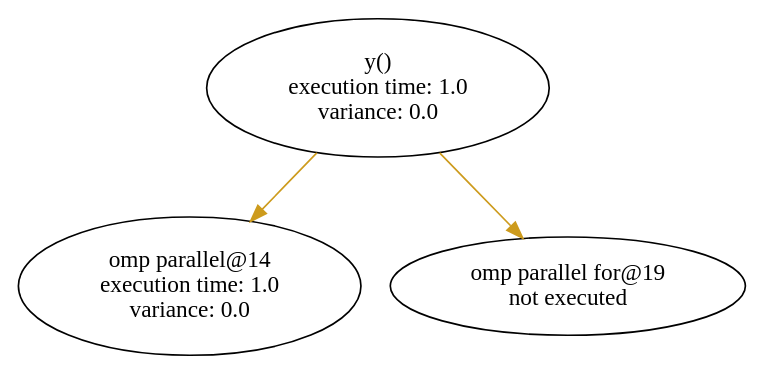
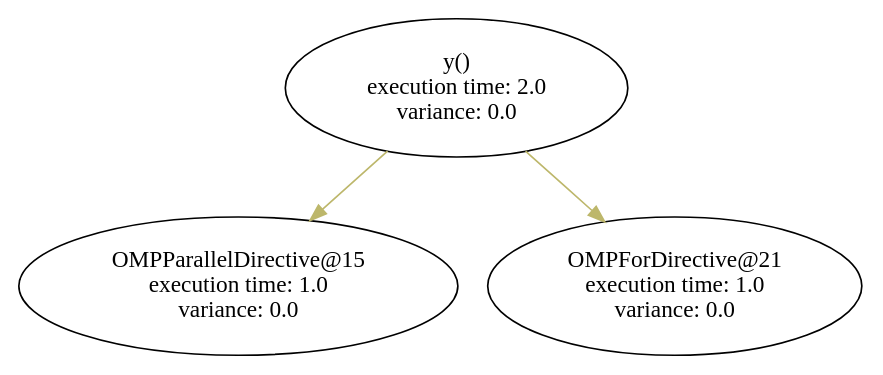
One commit to filippobrizzi/soma changed the diagram in graph_sched/graphs/y_code.dot. Above: the diagram before and after it, drawn with Graphviz. The commit also changed 21 other files, not shown here.

Commit message:
added type in parameter and started building flows

```diff
--- a/graph_sched/graphs/y_code.dot
+++ b/graph_sched/graphs/y_code.dot
@@ -1,20 +1,20 @@
 digraph G {
-	graph [bb="0,0,385,204"];
+	graph [bb="0,0,459,204"];
 	node [label="\N"];
-	"omp parallel@14"	 [height=1.1471,
-		label="omp parallel@14\n execution time: 1.0\nvariance: 0.0",
-		pos="89,42",
+	"OMPParallelDirective@15"	 [height=1.1471,
+		label="OMPParallelDirective@15\n execution time: 1.0\nvariance: 0.0",
+		pos="118,42",
+		width=3.2896];
+	y	 [height=1.1471,
+		label="y()\n execution time: 2.0\nvariance: 0.0",
+		pos="237,162",
 		width=2.4853];
-	y	 [height=1.1471,
-		label="y()\n execution time: 1.0\nvariance: 0.0",
-		pos="190,162",
-		width=2.4853];
-	y -> "omp parallel@14"	 [color=goldenrod3,
-		pos="e,121.27,80.707 157.77,123.34 148.29,112.27 137.82,100.04 127.97,88.535"];
-	"omp parallel for@19"	 [height=0.8171,
-		label="omp parallel for@19\nnot executed",
-		pos="291,42",
-		width=2.6125];
-	y -> "omp parallel for@19"	 [color=goldenrod3,
-		pos="e,267.38,70.59 222.23,123.34 234.61,108.88 248.67,92.455 260.84,78.236"];
+	y -> "OMPParallelDirective@15"	 [color=darkkhaki,
+		pos="e,156.62,81.298 200,124.31 188.59,112.99 175.88,100.39 163.94,88.553"];
+	"OMPForDirective@21"	 [height=1.1471,
+		label="OMPForDirective@21\n execution time: 1.0\nvariance: 0.0",
+		pos="357,42",
+		width=2.8384];
+	y -> "OMPForDirective@21"	 [color=darkkhaki,
+		pos="e,318.88,80.48 274.31,124.31 286.16,112.66 299.39,99.649 311.74,87.51"];
 }
```
